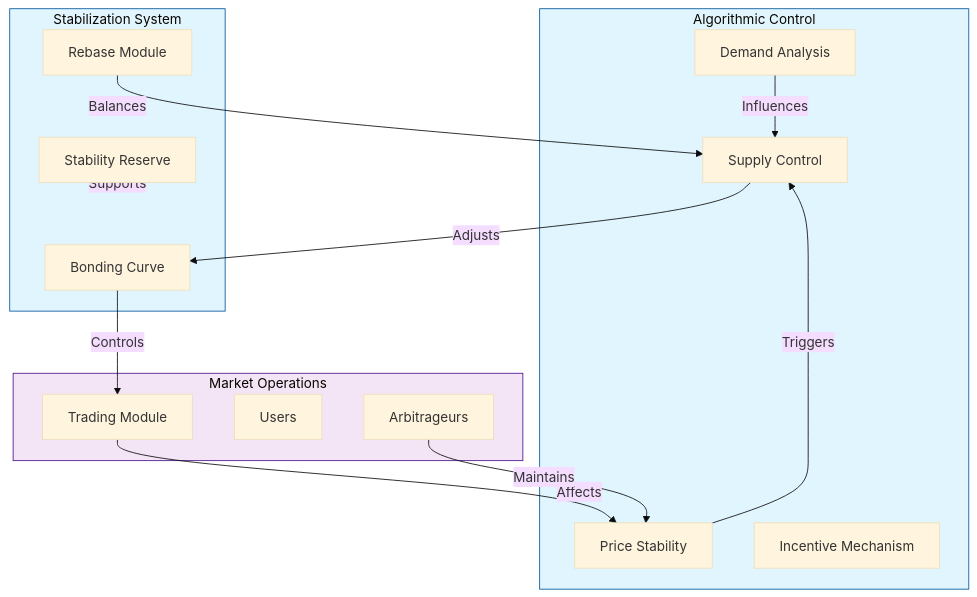
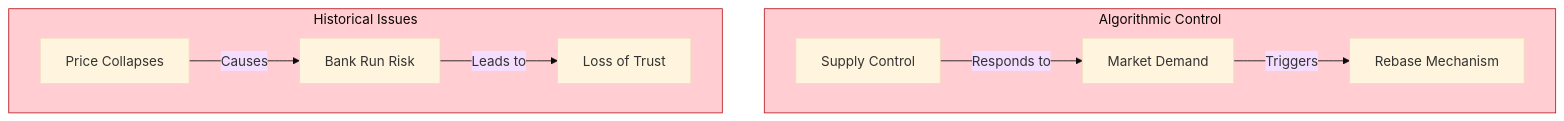
The fifth of 6 diagrams in stablecoin.md (scionx-io/documentation), drawn with Mermaid (base theme) before and after one commit. The commit also changed other lines of this file, not shown here.

````diff
--- a/stablecoin.md
+++ b/stablecoin.md
@@ -146,35 +151,22 @@
 ```mermaid
 graph TB
-    subgraph AlgoSystem["Algorithmic Control"]
+    subgraph Algorithm["Algorithmic Control"]
         Supply["Supply Control"]
-        Demand["Demand Analysis"]
-        Price["Price Stability"]
-        Incentive["Incentive Mechanism"]
+        Demand["Market Demand"]
+        Rebase["Rebase Mechanism"]
     end
 
-    subgraph Market["Market Operations"]
-        Trade["Trading Module"]
-        Users["Users"]
-        Arb["Arbitrageurs"]
+    subgraph History["Historical Issues"]
+        Collapse["Price Collapses"]
+        Bank["Bank Run Risk"]
+        Trust["Loss of Trust"]
     end
 
-    subgraph Stabilization["Stabilization System"]
-        Bond["Bonding Curve"]
-        Rebase["Rebase Module"]
-        Reserve["Stability Reserve"]
-    end
+    Supply -->|Responds to| Demand
+    Demand -->|Triggers| Rebase
+    Collapse -->|Causes| Bank
+    Bank -->|Leads to| Trust
 
-    Price -->|Triggers| Supply
-    Demand -->|Influences| Supply
-    Supply -->|Adjusts| Bond
-    Bond -->|Controls| Trade
-    Trade -->|Affects| Price
-    Arb -->|Maintains| Price
-    Rebase -->|Balances| Supply
-    Reserve -->|Supports| Stabilization
-
-    classDef primary fill:#e1f5fe,stroke:#01579b
-    classDef secondary fill:#f3e5f5,stroke:#4a148c
-    class AlgoSystem,Stabilization primary
-    class Market secondary
+    classDef algo fill:#ffcdd2,stroke:#b71c1c
+    class Algorithm,History algo
 ```
````
